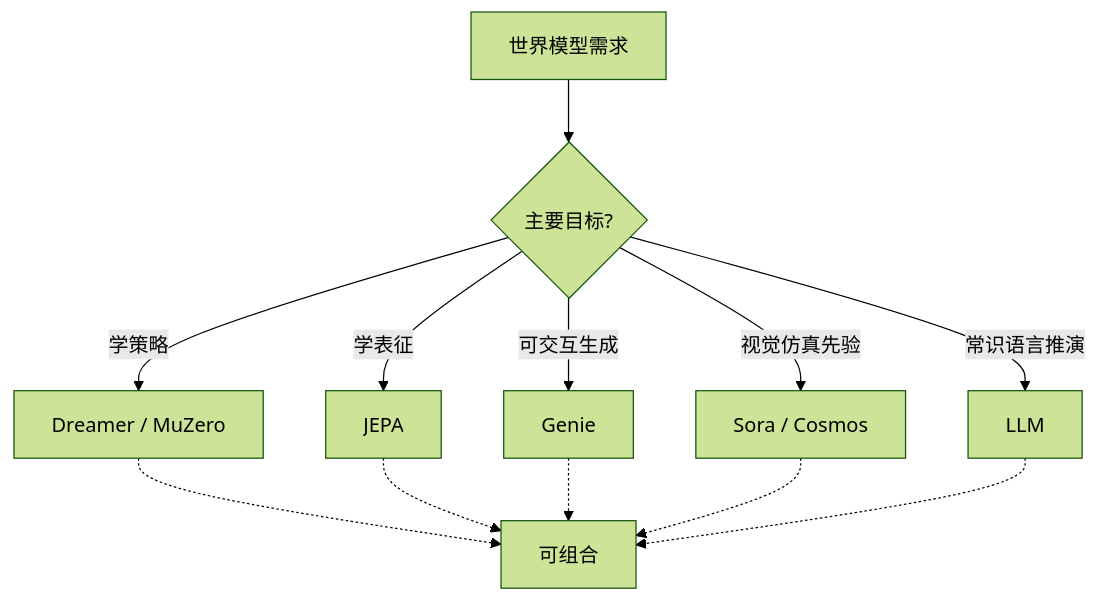
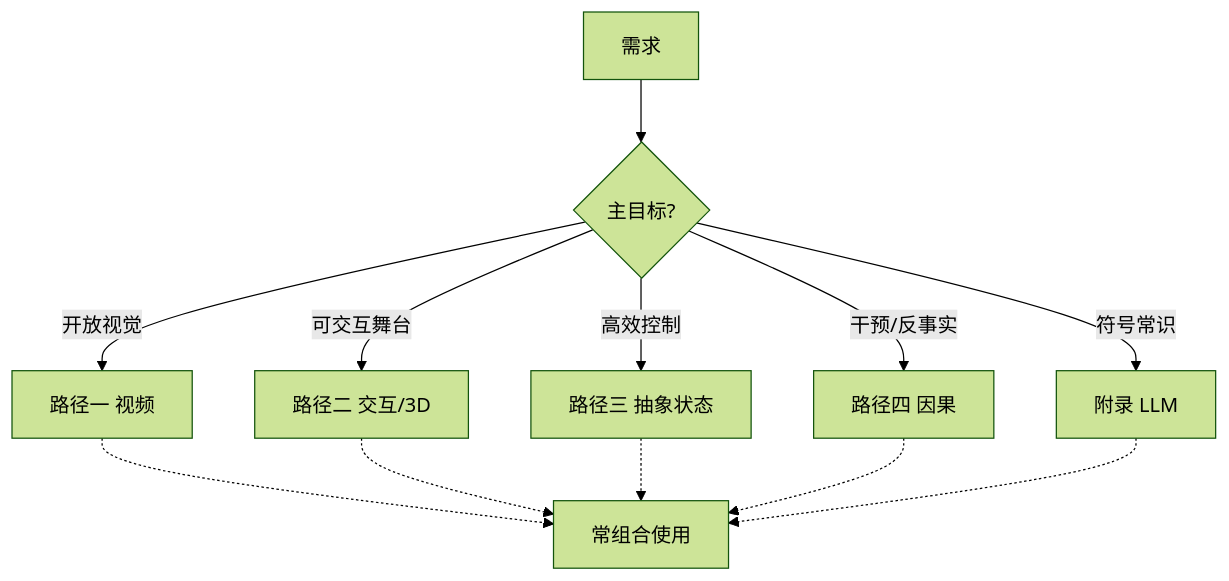
One commit to DeconBear/notebook changed the diagram in docs/world-models/llm/index.md. Above: the diagram before and after it, drawn with Mermaid (forest theme). The commit also changed other lines of this file and 138 other files, not shown here.

````diff
--- a/docs/world-models/llm/index.md
+++ b/docs/world-models/llm/index.md
@@ -94,14 +50,14 @@
 ```mermaid
 graph TB
-    A[世界模型需求] --> B{主要目标?}
-    B -->|学策略| C[Dreamer / MuZero]
-    B -->|学表征| D[JEPA]
-    B -->|可交互生成| E[Genie]
-    B -->|视觉仿真先验| F[Sora / Cosmos]
-    B -->|常识语言推演| G[LLM]
-    C -.-> H[可组合]
-    D -.-> H
-    E -.-> H
-    F -.-> H
-    G -.-> H
+    A[需求] --> B{主目标?}
+    B -->|开放视觉| V[路径一 视频]
+    B -->|可交互舞台| I[路径二 交互/3D]
+    B -->|高效控制| S[路径三 抽象状态]
+    B -->|干预/反事实| C[路径四 因果]
+    B -->|符号常识| L[附录 LLM]
+    V -.-> X[常组合使用]
+    I -.-> X
+    S -.-> X
+    C -.-> X
+    L -.-> X
 ```
````
